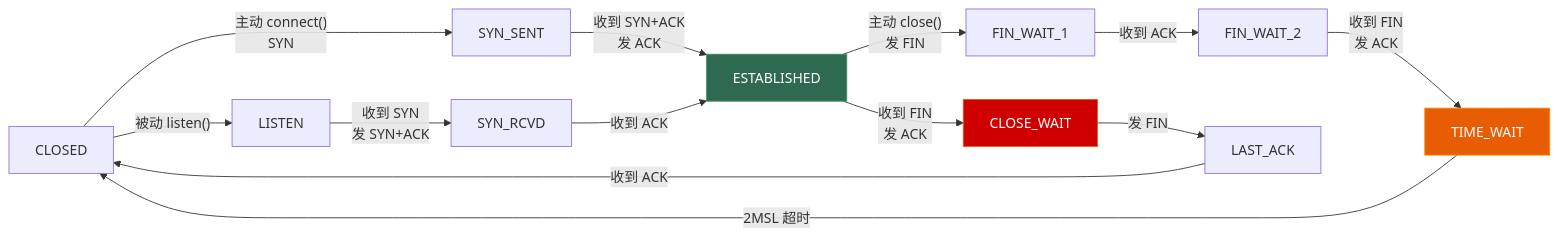
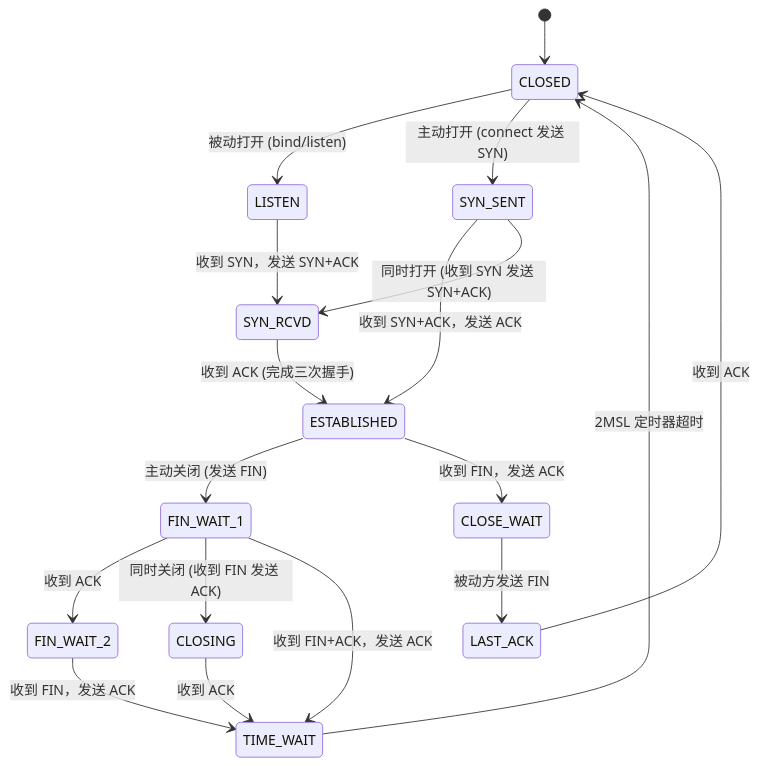
One commit to Lumivers/firefly changed the second of 5 diagrams in src/content/posts/network/02_tcp.md. Above: the diagram before and after it, drawn with Mermaid. The commit also changed other lines of this file and 18 other files, not shown here.

````diff
--- a/src/content/posts/network/02_tcp.md
+++ b/src/content/posts/network/02_tcp.md
@@ -121,22 +114,25 @@
 ```mermaid
-graph LR
-    CLOSED -->|"主动 connect()\nSYN"| SYN_SENT
-    CLOSED -->|"被动 listen()"| LISTEN
-    LISTEN -->|"收到 SYN\n发 SYN+ACK"| SYN_RCVD
-    SYN_SENT -->|"收到 SYN+ACK\n发 ACK"| ESTABLISHED
-    SYN_RCVD -->|"收到 ACK"| ESTABLISHED
-
-    ESTABLISHED -->|"主动 close()\n发 FIN"| FIN_WAIT_1
-    ESTABLISHED -->|"收到 FIN\n发 ACK"| CLOSE_WAIT
-
-    FIN_WAIT_1 -->|"收到 ACK"| FIN_WAIT_2
-    FIN_WAIT_2 -->|"收到 FIN\n发 ACK"| TIME_WAIT
-    TIME_WAIT -->|"2MSL 超时"| CLOSED
-
-    CLOSE_WAIT -->|"发 FIN"| LAST_ACK
-    LAST_ACK -->|"收到 ACK"| CLOSED
-
-    style ESTABLISHED fill:#2d6a4f,stroke:#40916c,color:white
-    style TIME_WAIT fill:#e85d04,stroke:#f48c06,color:white
-    style CLOSE_WAIT fill:#d00000,stroke:#e85d04,color:white
+stateDiagram-v2
+    [*] --> CLOSED
+    CLOSED --> LISTEN: 被动打开 (bind/listen)
+    CLOSED --> SYN_SENT: 主动打开 (connect 发送 SYN)
+    LISTEN --> SYN_RCVD: 收到 SYN，发送 SYN+ACK
+    SYN_SENT --> ESTABLISHED: 收到 SYN+ACK，发送 ACK
+    SYN_SENT --> SYN_RCVD: 同时打开 (收到 SYN 发送 SYN+ACK)
+    SYN_RCVD --> ESTABLISHED: 收到 ACK (完成三次握手)
+    
+    ESTABLISHED --> FIN_WAIT_1: 主动关闭 (发送 FIN)
+    ESTABLISHED --> CLOSE_WAIT: 收到 FIN，发送 ACK
+    
+    FIN_WAIT_1 --> FIN_WAIT_2: 收到 ACK
+    FIN_WAIT_1 --> CLOSING: 同时关闭 (收到 FIN 发送 ACK)
+    FIN_WAIT_1 --> TIME_WAIT: 收到 FIN+ACK，发送 ACK
+    
+    FIN_WAIT_2 --> TIME_WAIT: 收到 FIN，发送 ACK
+    CLOSING --> TIME_WAIT: 收到 ACK
+    
+    TIME_WAIT --> CLOSED: 2MSL 定时器超时
+    
+    CLOSE_WAIT --> LAST_ACK: 被动方发送 FIN
+    LAST_ACK --> CLOSED: 收到 ACK
 ```
````
